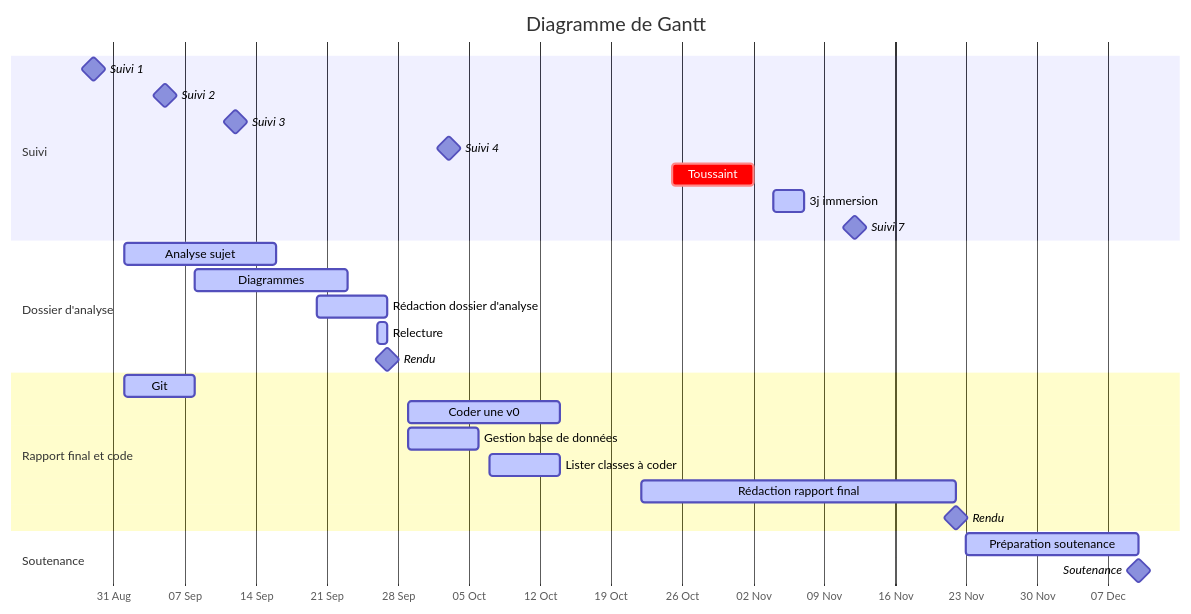
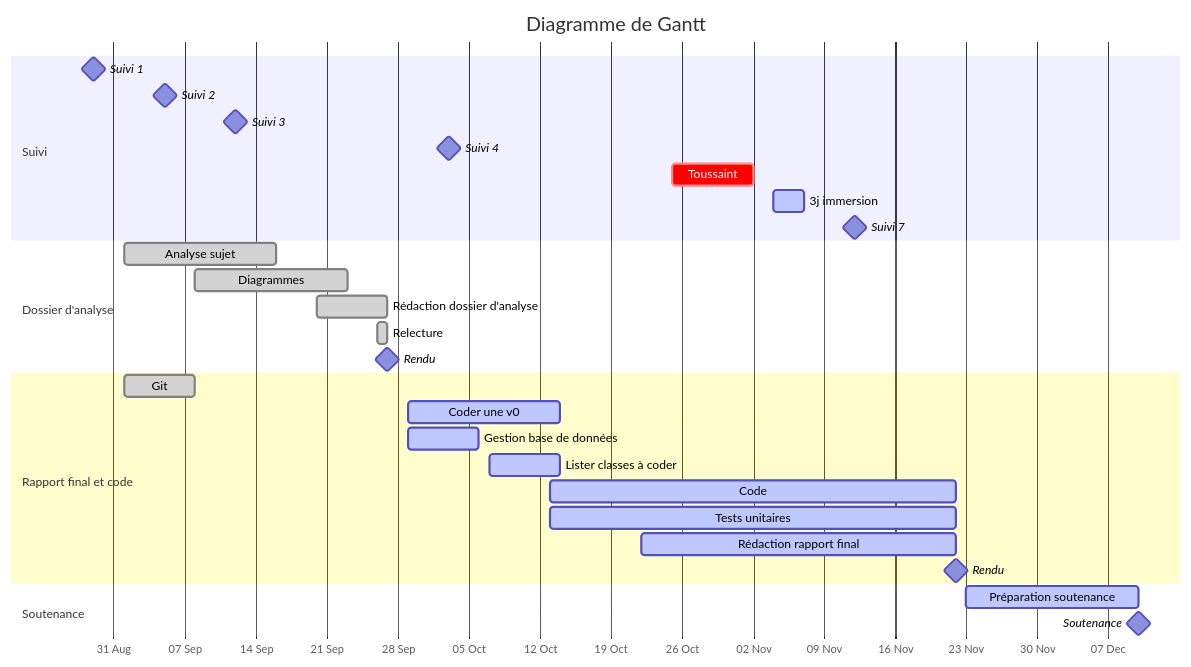
One commit to bbrunel/ENSAI-2A-projet-info changed the first of 2 diagrams in doc/diag_gantt.md. Above: the diagram before and after it, drawn with Mermaid. The commit also changed other lines of this file, not shown here.

Commit message:
Gantt tests unitaires

````diff
--- a/doc/diag_gantt.md
+++ b/doc/diag_gantt.md
@@ -2,37 +1,39 @@
 ```mermaid
 gantt
     %% doc : https://mermaid-js.github.io/mermaid/#/./gantt
     dateFormat  YYYY-MM-DD
     axisFormat  %d %b
     title       Diagramme de Gantt
     %%excludes  YYYY-MM-DD and/or sunday and/or weekends 
      
     section Suivi
     Suivi 1                      :milestone, 2025-08-29,
     Suivi 2                      :milestone, 2025-09-05,
     Suivi 3                      :milestone, 2025-09-12,
     Suivi 4                      :milestone, 2025-10-03,
     Toussaint                    :crit,    2025-10-25, 2025-11-02
     3j immersion                 :active,    2025-11-04, 3d
     Suivi 7                      :milestone, 2025-11-17
 
     section Dossier d'analyse
-    Analyse sujet                :active,      2025-09-01, 15d
-    Diagrammes                   :active,    2025-09-08, 15d
-    Rédaction dossier d'analyse  :active,    2025-09-20, 2025-09-27
-    Relecture                    :active,    2025-09-26, 2025-09-27
+    Analyse sujet                :done,      2025-09-01, 15d
+    Diagrammes                   :done,    2025-09-08, 15d
+    Rédaction dossier d'analyse  :done,    2025-09-20, 2025-09-27
+    Relecture                    :done,    2025-09-26, 2025-09-27
     Rendu                        :milestone, 2025-09-27,
     
     section Rapport final et code
-    Git                          :active,      2025-09-01, 7d
+    Git                          :done,    2025-09-01, 7d
     Coder une v0                 :active,    2025-09-29, 15d
     Gestion base de données      :active,    2025-09-29, 7d
     Lister classes à coder       :active,    2025-10-07, 7d
+    Code                         :active,    2025-10-13, 2025-11-22
+    Tests unitaires              :active,    2025-10-13, 2025-11-22
     Rédaction rapport final      :active,    2025-10-22, 2025-11-22
     Rendu                        :milestone, 2025-11-22,
 
     section Soutenance
     Préparation soutenance       :active,    2025-11-23, 2025-12-10
     Soutenance                   :milestone, 2025-12-10,
 
 ```
````
